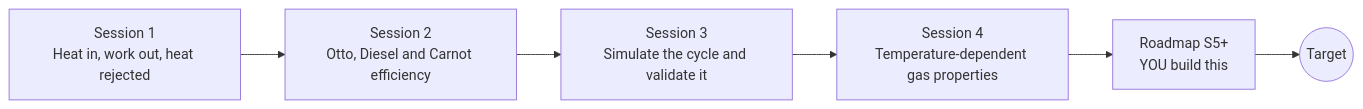
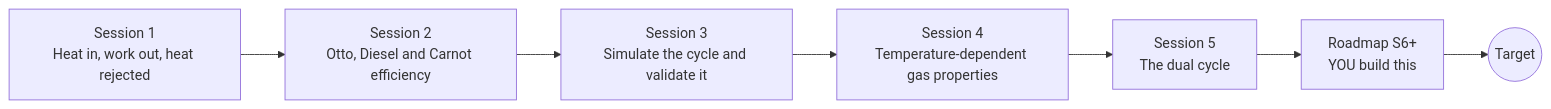
One commit to KrunalPanchal1995/openengine changed the diagram in README.md. Above: the diagram before and after it, drawn with Mermaid. The commit also changed other lines of this file and 17 other files, not shown here.

First line of the commit message:
Add Session 5: the dual cycle

````diff
--- a/README.md
+++ b/README.md
@@ -84,10 +85,11 @@
 ```mermaid
 flowchart LR
   S1[Session 1<br/>Heat in, work out, heat rejected]
   S2[Session 2<br/>Otto, Diesel and Carnot efficiency]
   S3[Session 3<br/>Simulate the cycle and validate it]
   S4[Session 4<br/>Temperature-dependent gas properties]
-  R[Roadmap S5+<br/>YOU build this]
+  S5[Session 5<br/>The dual cycle]
+  R[Roadmap S6+<br/>YOU build this]
   T((Target))
-  S1 --> S2 --> S3 --> S4 --> R --> T
+  S1 --> S2 --> S3 --> S4 --> S5 --> R --> T
 ```
````
